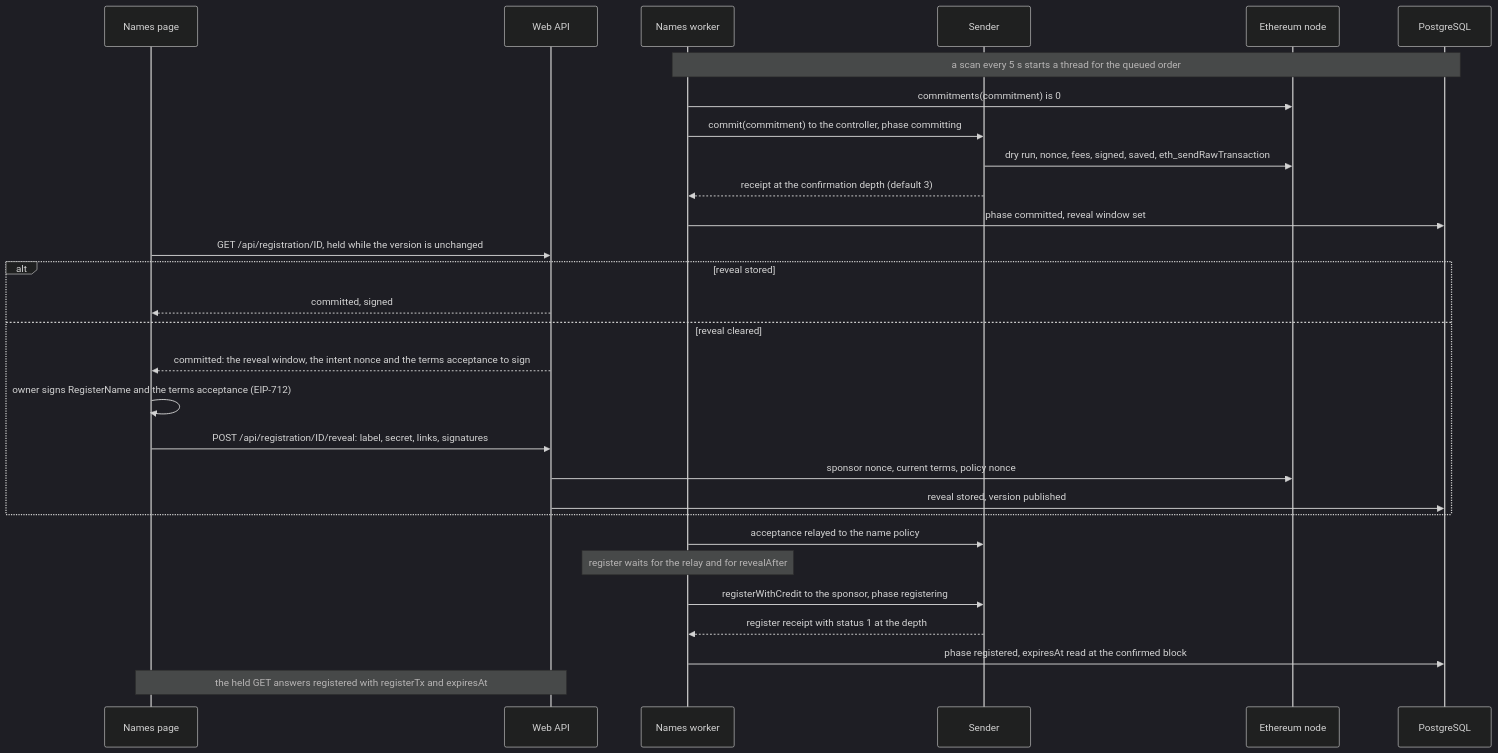
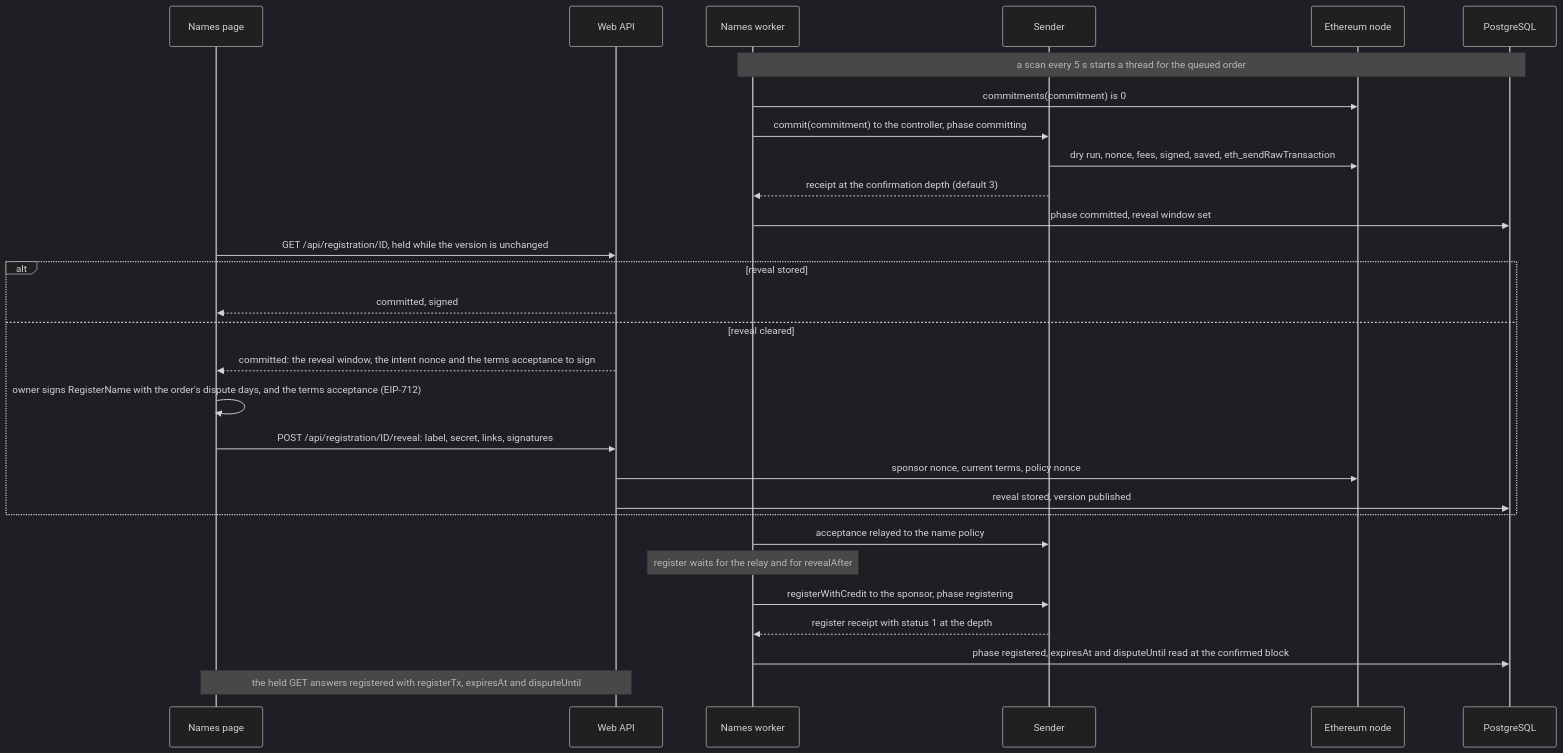
One commit to simplex-chat/simplex-chat changed the third of 15 diagrams in apps/simplex-store-service/docs/names.md. Above: the diagram before and after it, drawn with Mermaid (dark theme). The commit also changed other lines of this file and 1 other file, not shown here.

Commit message:
store: document dispute days and ended orders on the names structure

````diff
--- a/apps/simplex-store-service/docs/names.md
+++ b/apps/simplex-store-service/docs/names.md
@@ -213,31 +213,31 @@
 ```mermaid
 sequenceDiagram
   participant P as Names page
   participant W as Web API
   participant K as Names worker
   participant S as Sender
   participant E as Ethereum node
   participant D as PostgreSQL
   Note over K,D: a scan every 5 s starts a thread for the queued order
   K->>E: commitments(commitment) is 0
   K->>S: commit(commitment) to the controller, phase committing
   S->>E: dry run, nonce, fees, signed, saved, eth_sendRawTransaction
   S-->>K: receipt at the confirmation depth (default 3)
   K->>D: phase committed, reveal window set
   P->>W: GET /api/registration/ID, held while the version is unchanged
   alt reveal stored
     W-->>P: committed, signed
   else reveal cleared
     W-->>P: committed: the reveal window, the intent nonce and the terms acceptance to sign
-    P->>P: owner signs RegisterName and the terms acceptance (EIP-712)
+    P->>P: owner signs RegisterName with the order's dispute days, and the terms acceptance (EIP-712)
     P->>W: POST /api/registration/ID/reveal: label, secret, links, signatures
     W->>E: sponsor nonce, current terms, policy nonce
     W->>D: reveal stored, version published
   end
   K->>S: acceptance relayed to the name policy
   Note over K: register waits for the relay and for revealAfter
   K->>S: registerWithCredit to the sponsor, phase registering
   S-->>K: register receipt with status 1 at the depth
-  K->>D: phase registered, expiresAt read at the confirmed block
-  Note over P,W: the held GET answers registered with registerTx and expiresAt
+  K->>D: phase registered, expiresAt and disputeUntil read at the confirmed block
+  Note over P,W: the held GET answers registered with registerTx, expiresAt and disputeUntil
 ```
````
